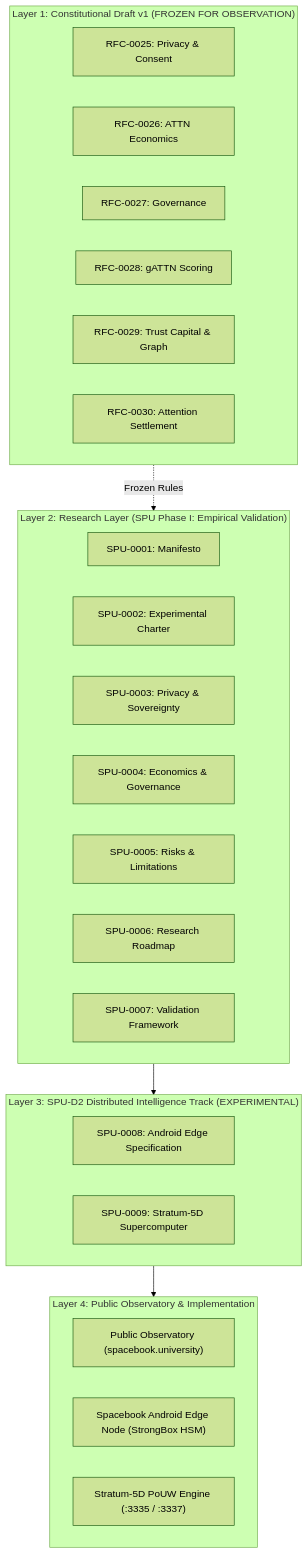
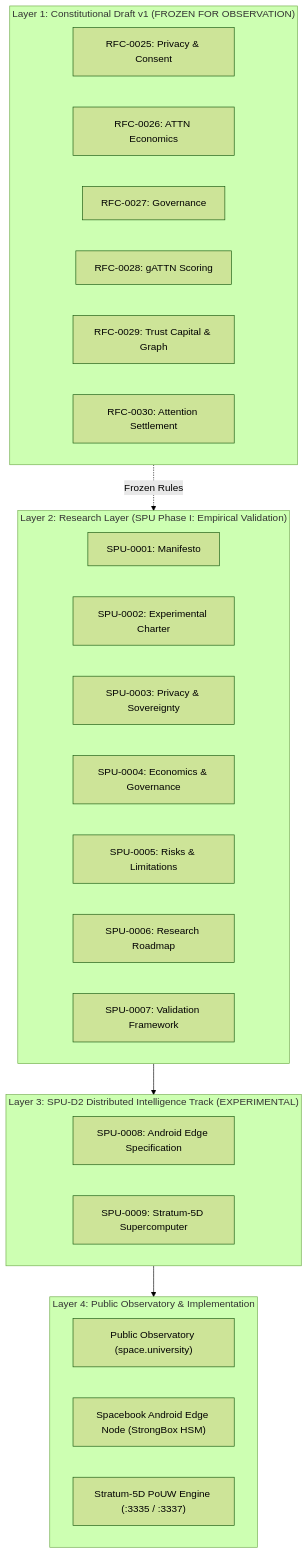
Before and after one commit to thealanphipps-del/spacebook.university: the diagram in README.md, drawn with Mermaid (forest theme). The commit also changed other lines of this file and 3 other files, not shown here.

Commit message:
feat(portal): transform space.university to be the primary home of the entire project

````diff
--- a/README.md
+++ b/README.md
@@ -15,36 +15,36 @@
 ```mermaid
 graph TD
     subgraph Layer1 ["Layer 1: Constitutional Draft v1 (FROZEN FOR OBSERVATION)"]
         RFC25["RFC-0025: Privacy & Consent"]
         RFC26["RFC-0026: ATTN Economics"]
         RFC27["RFC-0027: Governance"]
         RFC28["RFC-0028: gATTN Scoring"]
         RFC29["RFC-0029: Trust Capital & Graph"]
         RFC30["RFC-0030: Attention Settlement"]
     end
 
     subgraph Layer2 ["Layer 2: Research Layer (SPU Phase I: Empirical Validation)"]
         SPU1["SPU-0001: Manifesto"]
         SPU2["SPU-0002: Experimental Charter"]
         SPU3["SPU-0003: Privacy & Sovereignty"]
         SPU4["SPU-0004: Economics & Governance"]
         SPU5["SPU-0005: Risks & Limitations"]
         SPU6["SPU-0006: Research Roadmap"]
         SPU7["SPU-0007: Validation Framework"]
     end
 
     subgraph Layer3 ["Layer 3: SPU-D2 Distributed Intelligence Track (EXPERIMENTAL)"]
         SPU8["SPU-0008: Android Edge Specification"]
         SPU9["SPU-0009: Stratum-5D Supercomputer"]
     end
 
     subgraph Layer4 ["Layer 4: Public Observatory & Implementation"]
-        OBS["Public Observatory (spacebook.university)"]
+        OBS["Public Observatory (space.university)"]
         ANDROID["Spacebook Android Edge Node (StrongBox HSM)"]
         STRATUM["Stratum-5D PoUW Engine (:3335 / :3337)"]
     end
 
     Layer1 -.->|Frozen Rules| Layer2
     Layer2 --> Layer3
     Layer3 --> Layer4
 ```
````
